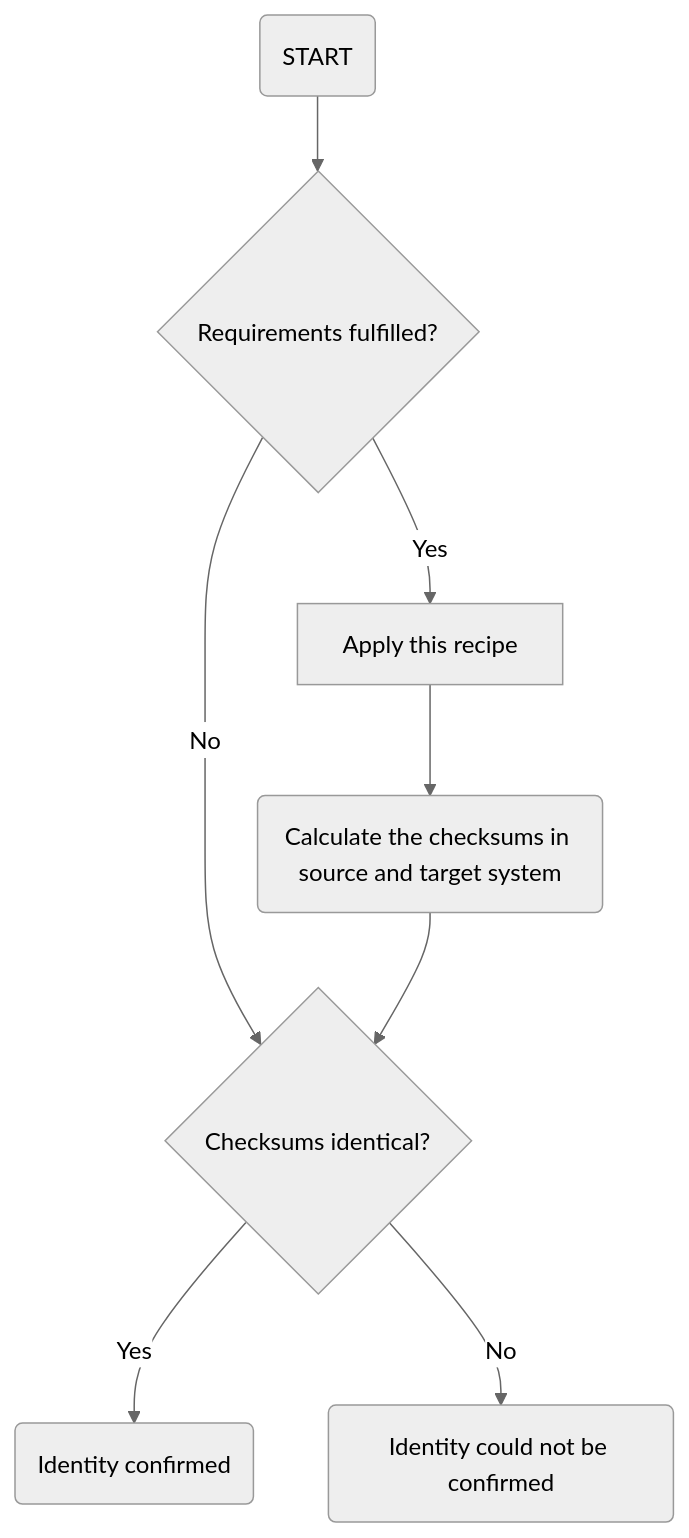
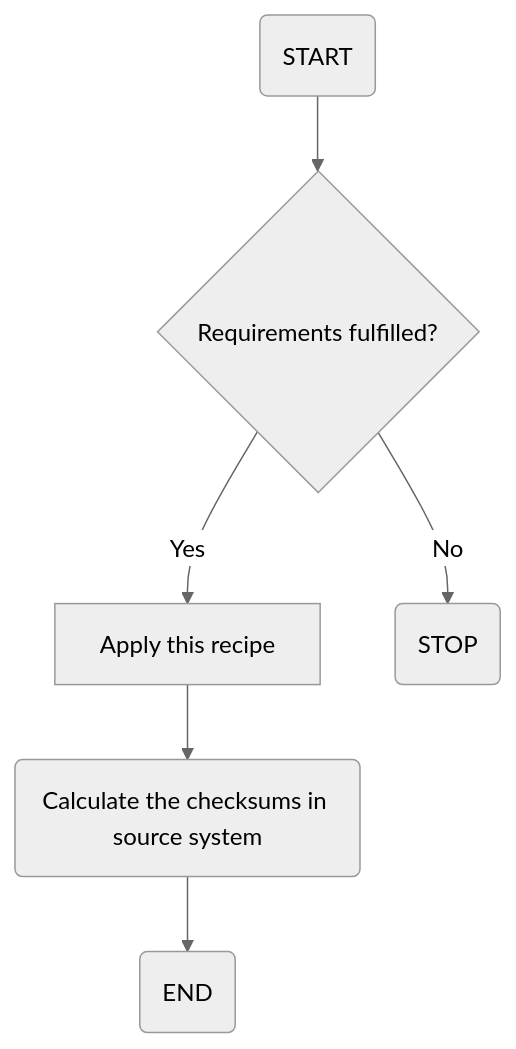
One commit to FAIRplus/the-fair-cookbook changed the diagram in docs/content/recipes/interoperability/how-to-create-checksums-file.md. Above: the diagram before and after it, drawn with Mermaid (neutral theme). The commit also changed other lines of this file and 2 other files, not shown here.

```diff
--- a/docs/content/recipes/interoperability/how-to-create-checksums-file.md
+++ b/docs/content/recipes/interoperability/how-to-create-checksums-file.md
@@ -36,10 +36,8 @@
 <div class="mermaid">
 graph TD
-S(START) --> A
+Start(START) --> A
 A{Requirements fulfilled?} -->|Yes| B[Apply this recipe]
-A -->|No| D(STOP)
-B --> C(Calculate the checksums in source and target system)
-C --> D{Checksums identical?}
-D -->|Yes| E(Identity confirmed)
-D -->|No| F(Identity could not be confirmed)
+A -->|No| Stop(STOP)
+B --> C(Calculate the checksums in source system)
+C --> End(END)
 </div>
```
